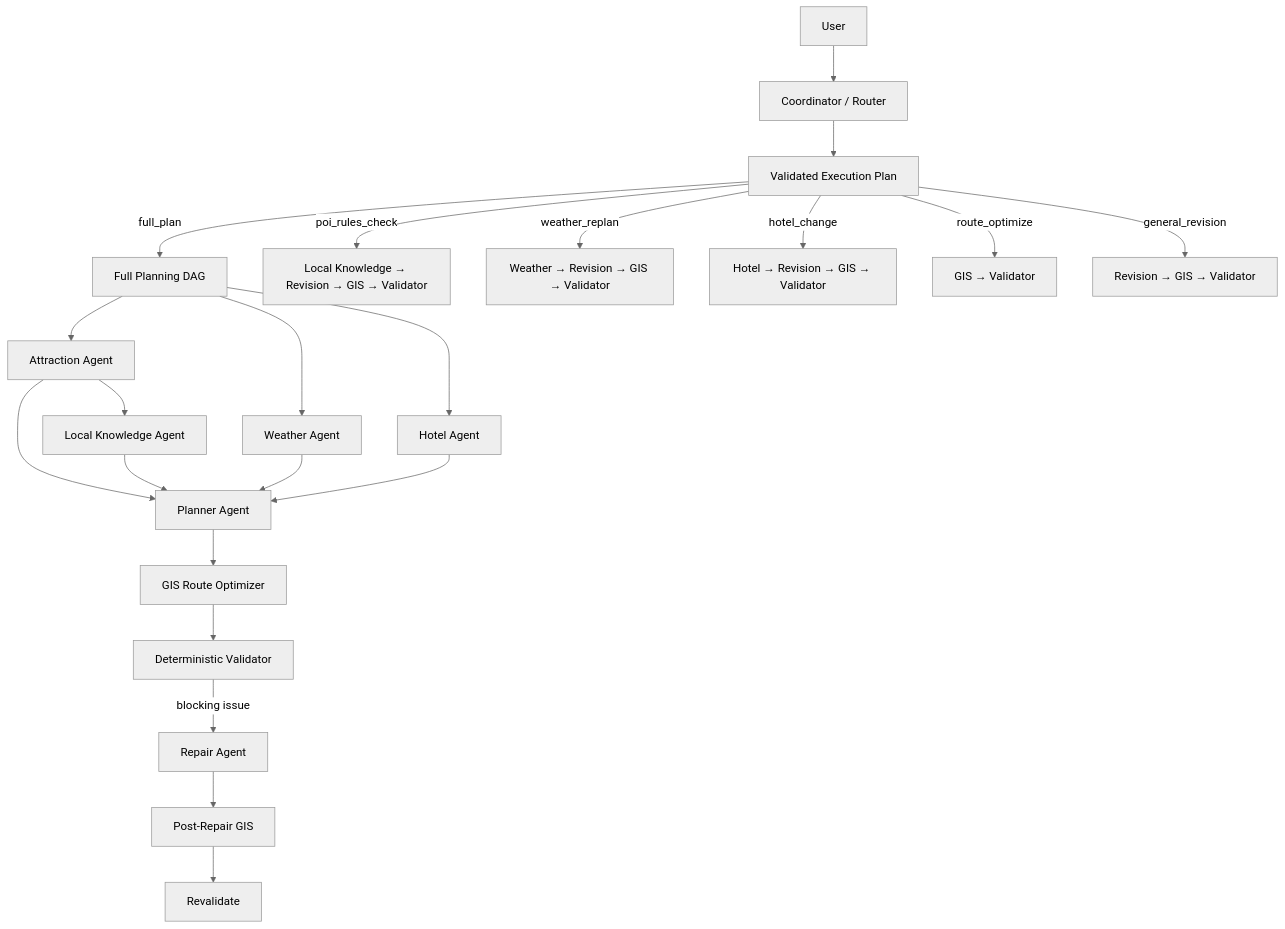
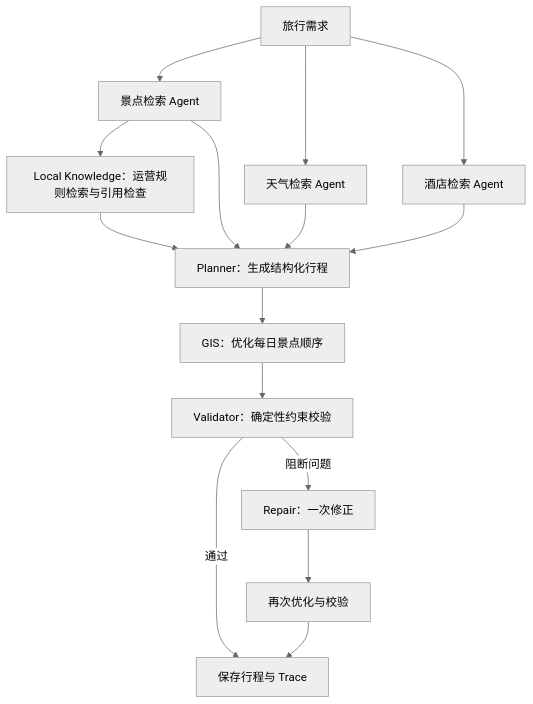
The diagram in README.md (geomini1989-cpu/helloagents-trip-planner), drawn with Mermaid (neutral theme) before and after one commit. The commit also changed other lines of this file, not shown here.

Commit message:
docs: rewrite trip planner README in Chinese

````diff
--- a/README.md
+++ b/README.md
@@ -150,26 +37,17 @@
 ```mermaid
 flowchart TD
-    U[User] --> C[Coordinator / Router]
-    C --> EP[Validated Execution Plan]
-
-    EP -->|full_plan| FULL[Full Planning DAG]
-    EP -->|poi_rules_check| KFLOW[Local Knowledge → Revision → GIS → Validator]
-    EP -->|weather_replan| WFLOW[Weather → Revision → GIS → Validator]
-    EP -->|hotel_change| HFLOW[Hotel → Revision → GIS → Validator]
-    EP -->|route_optimize| RFLOW[GIS → Validator]
-    EP -->|general_revision| REVFLOW[Revision → GIS → Validator]
-
-    FULL --> A[Attraction Agent]
-    FULL --> W[Weather Agent]
-    FULL --> H[Hotel Agent]
-    A --> LK[Local Knowledge Agent]
-    A --> P[Planner Agent]
-    LK --> P
+    U["旅行需求"] --> A["景点检索 Agent"]
+    U --> W["天气检索 Agent"]
+    U --> H["酒店检索 Agent"]
+    A --> L["Local Knowledge：运营规则检索与引用检查"]
+    A --> P["Planner：生成结构化行程"]
     W --> P
     H --> P
-    P --> GIS[GIS Route Optimizer]
-    GIS --> V[Deterministic Validator]
-    V -->|blocking issue| R[Repair Agent]
-    R --> GIS2[Post-Repair GIS]
-    GIS2 --> V2[Revalidate]
+    L --> P
+    P --> G["GIS：优化每日景点顺序"]
+    G --> V["Validator：确定性约束校验"]
+    V -->|通过| S["保存行程与 Trace"]
+    V -->|阻断问题| R["Repair：一次修正"]
+    R --> G2["再次优化与校验"]
+    G2 --> S
 ```
````
